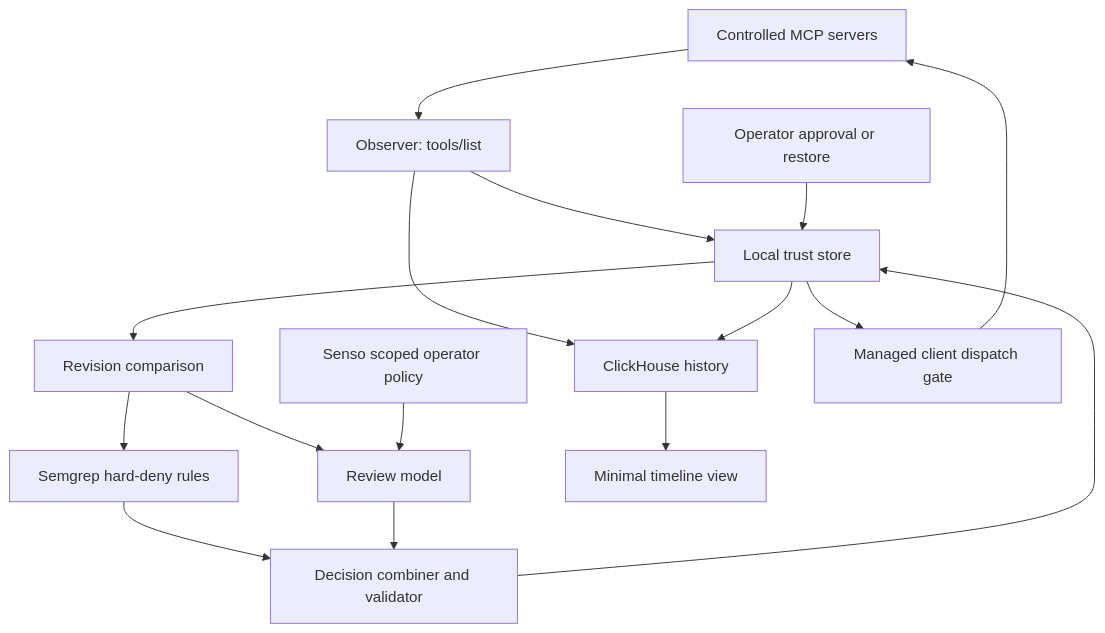
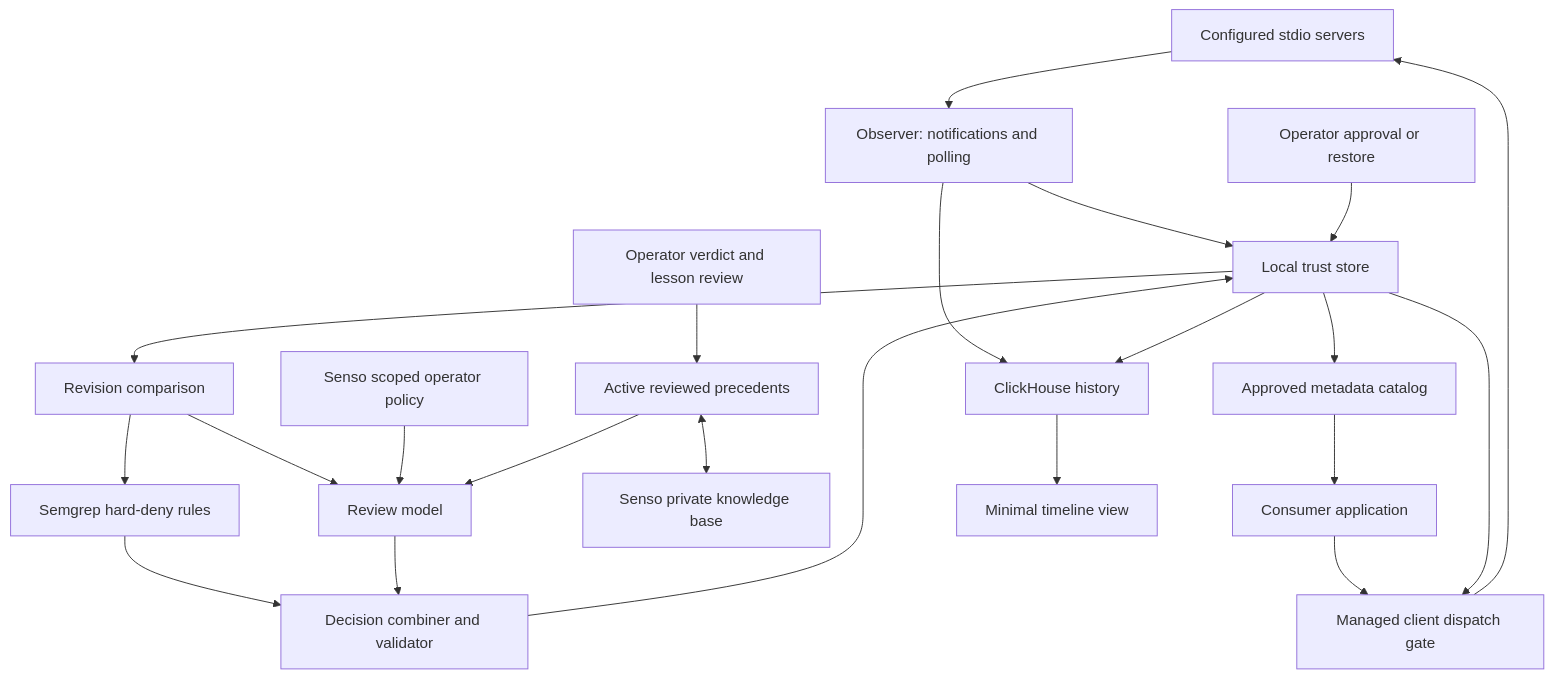
One commit to Rayhanpatel/mcp-trust-monitor changed the diagram in docs/SPEC.md. Above: the diagram before and after it, drawn with Mermaid. The commit also changed other lines of this file and 116 other files, not shown here.

````diff
--- a/docs/SPEC.md
+++ b/docs/SPEC.md
@@ -59,18 +39,24 @@
 ```mermaid
 flowchart TD
-    S[Controlled MCP servers] --> B[Observer: tools/list]
+    S[Configured stdio servers] --> B[Observer: notifications and polling]
     B --> T[Local trust store]
     B --> C[ClickHouse history]
     T --> D[Revision comparison]
     D --> E[Semgrep hard-deny rules]
     D --> F[Review model]
     P[Senso scoped operator policy] --> F
+    L[Active reviewed precedents] --> F
+    V[Operator verdict and lesson review] --> L
+    L <--> M[Senso private knowledge base]
     E --> G[Decision combiner and validator]
     F --> G
     G --> T
     O[Operator approval or restore] --> T
-    T --> H[Managed client dispatch gate]
+    T --> K[Approved metadata catalog]
+    K --> A[Consumer application]
+    A --> H[Managed client dispatch gate]
+    T --> H
     H --> S
     T --> C
     C --> J[Minimal timeline view]
 ```
````
